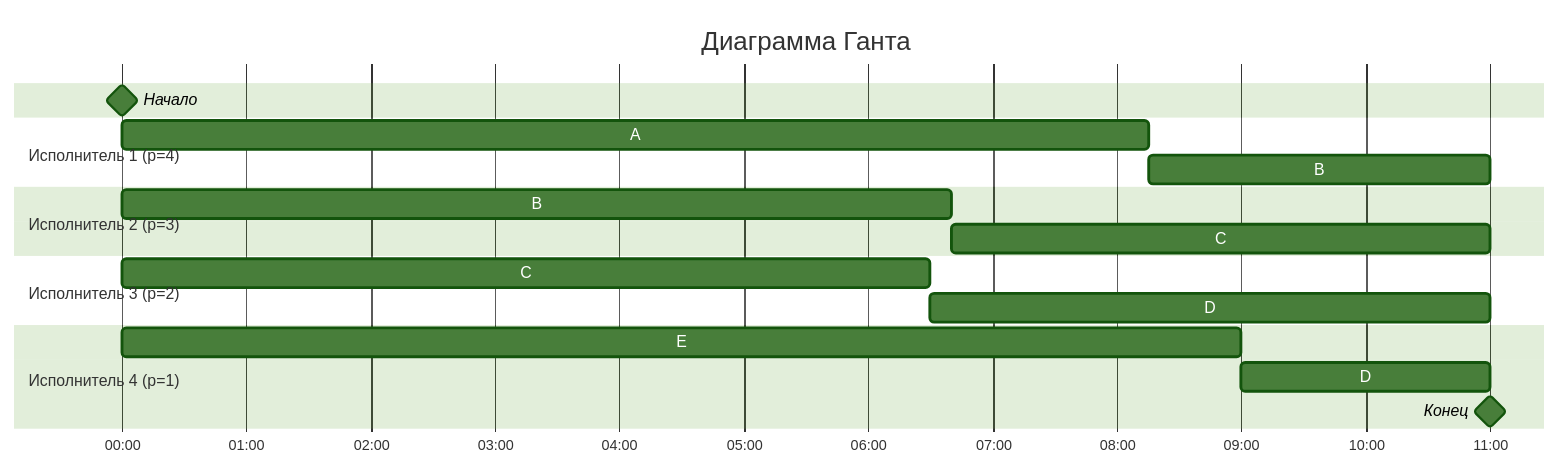
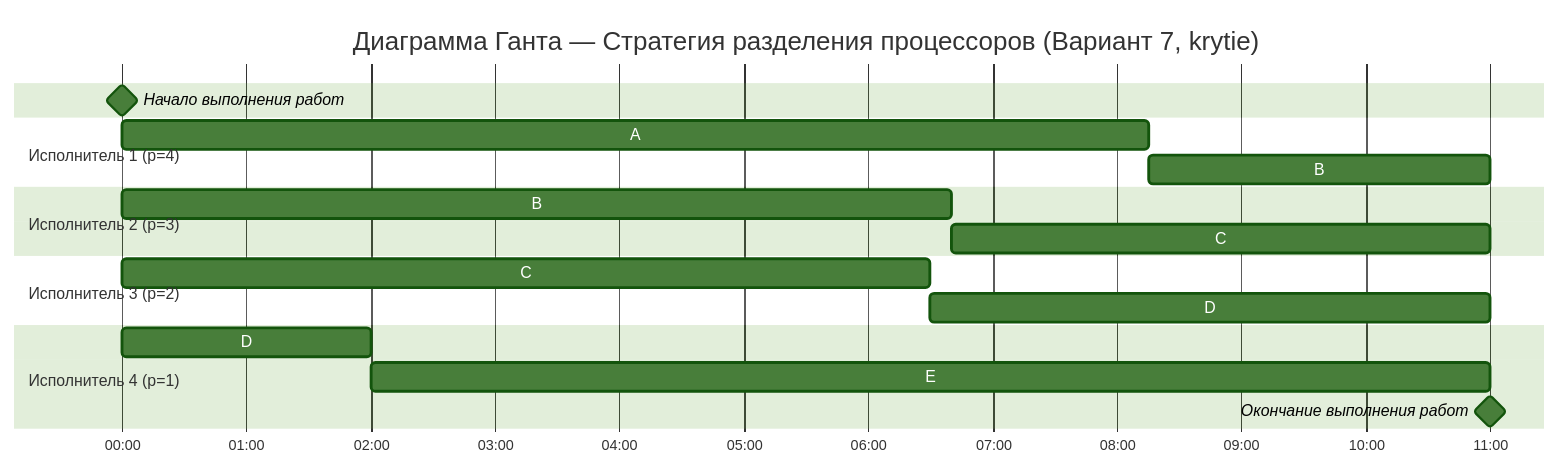
Before and after one commit to algos-ris-24-4/manual-tasks: the diagram in Задание 5/krytie 5.md, drawn with Mermaid (forest theme). The commit also changed other lines of this file, not shown here.

````diff
--- a/Задание 5/krytie 5.md
+++ b/Задание 5/krytie 5.md
@@ -130,26 +168,26 @@
 ```mermaid
 gantt
-    title Диаграмма Ганта
-    dateFormat HH:mm
+    title Диаграмма Ганта — Стратегия разделения процессоров (Вариант 7, krytie)
+    dateFormat DD HH:mm
     axisFormat %H:%M
 
-    Начало : milestone, m1, 00:00, 0h
+    Начало выполнения работ : milestone, m1, 01 00:00, 0m
 
     section Исполнитель 1 (p=4)
-    A :a1, 00:00, 8.25h
-    B :a2, after a1, 2.75h
+    A :a1, 01 00:00, 495m
+    B :a2, after a1, 165m
 
     section Исполнитель 2 (p=3)
-    B :b1, 00:00, 6.67h
-    C :b2, after b1, 4.33h
+    B :b1, 01 00:00, 400m
+    C :b2, after b1, 260m
 
     section Исполнитель 3 (p=2)
-    C :c1, 00:00, 6.5h
-    D :c2, after c1, 4.5h
+    C :c1, 01 00:00, 390m
+    D :c2, after c1, 270m
 
     section Исполнитель 4 (p=1)
-    E :d1, 00:00, 9h
-    D :d2, after d1, 2h
+    D :d1, 01 00:00, 120m
+    E :d2, after d1, 540m
 
-    Конец : milestone, m2, 11:00, 0h
+    Окончание выполнения работ : milestone, m2, 01 11:00, 0m
 ```
````
